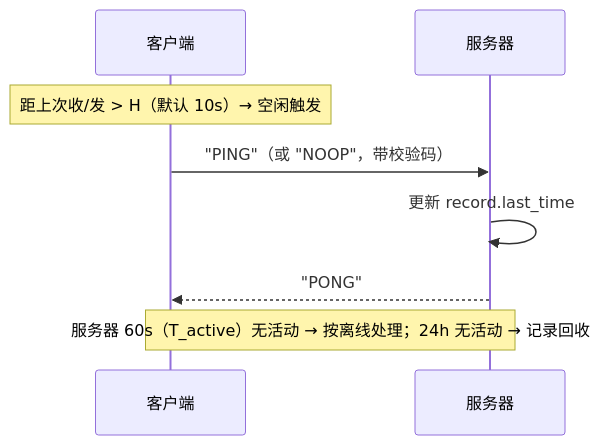
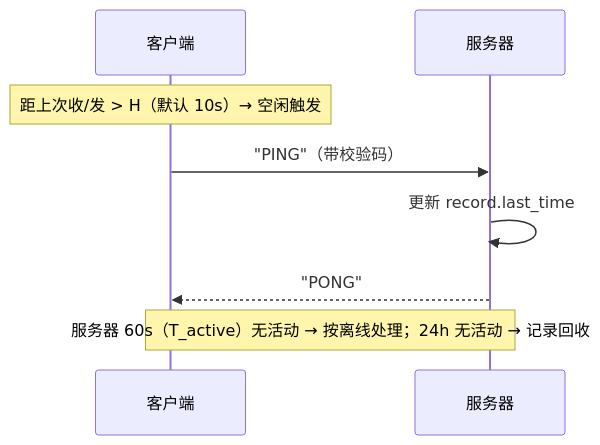
One commit to moky/magpie changed the ninth of 11 diagrams in docs/workflow.md. Above: the diagram before and after it, drawn with Mermaid. The commit also changed other lines of this file and 9 other files, not shown here.

````diff
--- a/docs/workflow.md
+++ b/docs/workflow.md
@@ -259,11 +271,11 @@
 ```mermaid
 sequenceDiagram
     participant C as 客户端
     participant S as 服务器
 
     Note over C: 距上次收/发 > H（默认 10s）→ 空闲触发
-    C->>S: "PING"（或 "NOOP"，带校验码）
+    C->>S: "PING"（带校验码）
     S->>S: 更新 record.last_time
     S-->>C: "PONG"
     Note over C,S: 服务器 60s（T_active）无活动 → 按离线处理；24h 无活动 → 记录回收
 ```
````
